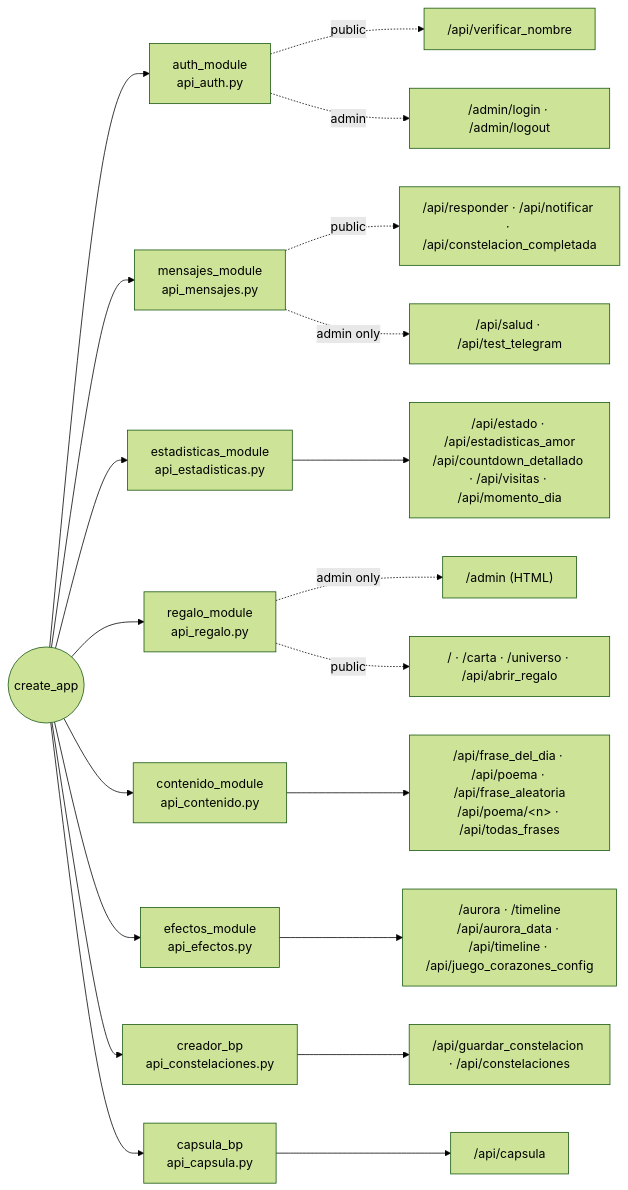
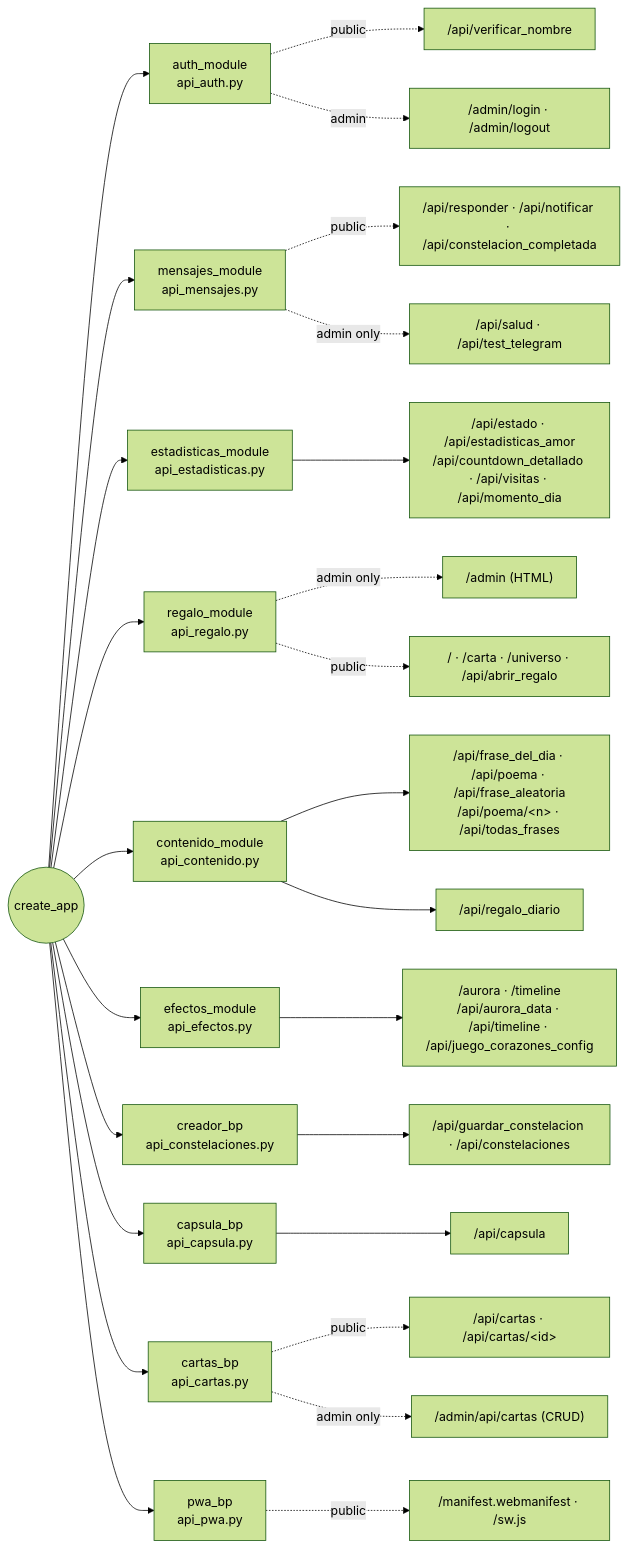
The first of 4 diagrams in CLAUDE.md (frankitoromas-tech/cumplea-os), drawn with Mermaid (forest theme) before and after one commit. The commit also changed other lines of this file and 13 other files, not shown here.

````diff
--- a/CLAUDE.md
+++ b/CLAUDE.md
@@ -8,24 +8,30 @@
 ```mermaid
 flowchart LR
     Flask((create_app))
     Flask --> Auth[auth_module<br/>api_auth.py]
     Flask --> Msg[mensajes_module<br/>api_mensajes.py]
     Flask --> Stat[estadisticas_module<br/>api_estadisticas.py]
     Flask --> Reg[regalo_module<br/>api_regalo.py]
     Flask --> Cont[contenido_module<br/>api_contenido.py]
     Flask --> Efx[efectos_module<br/>api_efectos.py]
     Flask --> Crea[creador_bp<br/>api_constelaciones.py]
     Flask --> Cap[capsula_bp<br/>api_capsula.py]
 
     Auth -.public.-> R1["/api/verificar_nombre"]
     Auth -.admin.-> R2["/admin/login · /admin/logout"]
     Msg -.public.-> R3["/api/responder · /api/notificar · /api/constelacion_completada"]
     Msg -.admin only.-> R4["/api/salud · /api/test_telegram"]
     Reg -.admin only.-> R5["/admin (HTML)"]
     Reg -.public.-> R6["/ · /carta · /universo · /api/abrir_regalo"]
     Stat --> R7["/api/estado · /api/estadisticas_amor<br/>/api/countdown_detallado · /api/visitas · /api/momento_dia"]
     Cont --> R8["/api/frase_del_dia · /api/poema · /api/frase_aleatoria<br/>/api/poema/&lt;n&gt; · /api/todas_frases"]
     Efx --> R9["/aurora · /timeline<br/>/api/aurora_data · /api/timeline · /api/juego_corazones_config"]
     Crea --> R10["/api/guardar_constelacion · /api/constelaciones"]
     Cap --> R11["/api/capsula"]
+    Flask --> Cartas[cartas_bp<br/>api_cartas.py]
+    Flask --> Pwa[pwa_bp<br/>api_pwa.py]
+    Cartas -.public.-> R12["/api/cartas · /api/cartas/&lt;id&gt;"]
+    Cartas -.admin only.-> R13["/admin/api/cartas (CRUD)"]
+    Pwa -.public.-> R14["/manifest.webmanifest · /sw.js"]
+    Cont --> R15["/api/regalo_diario"]
 ```
````
